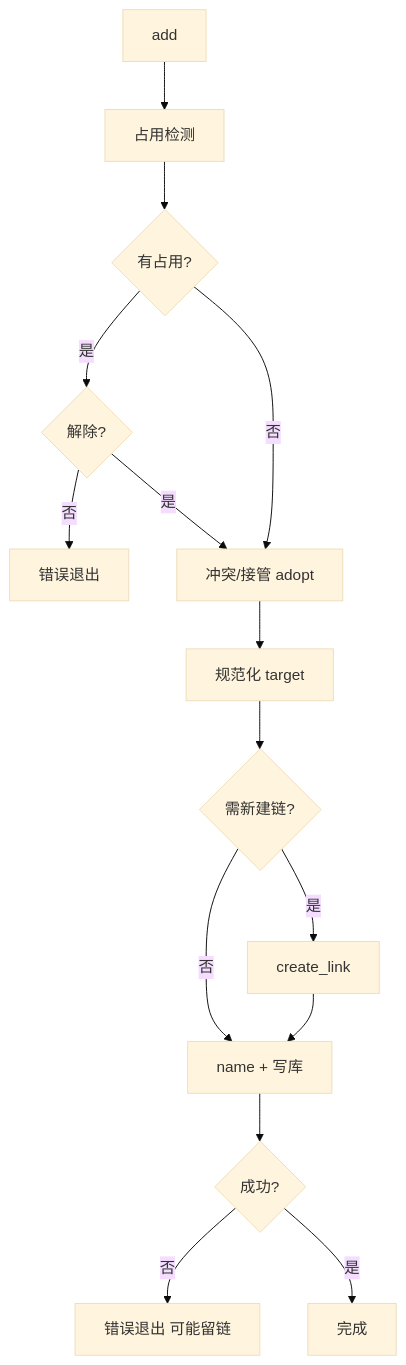
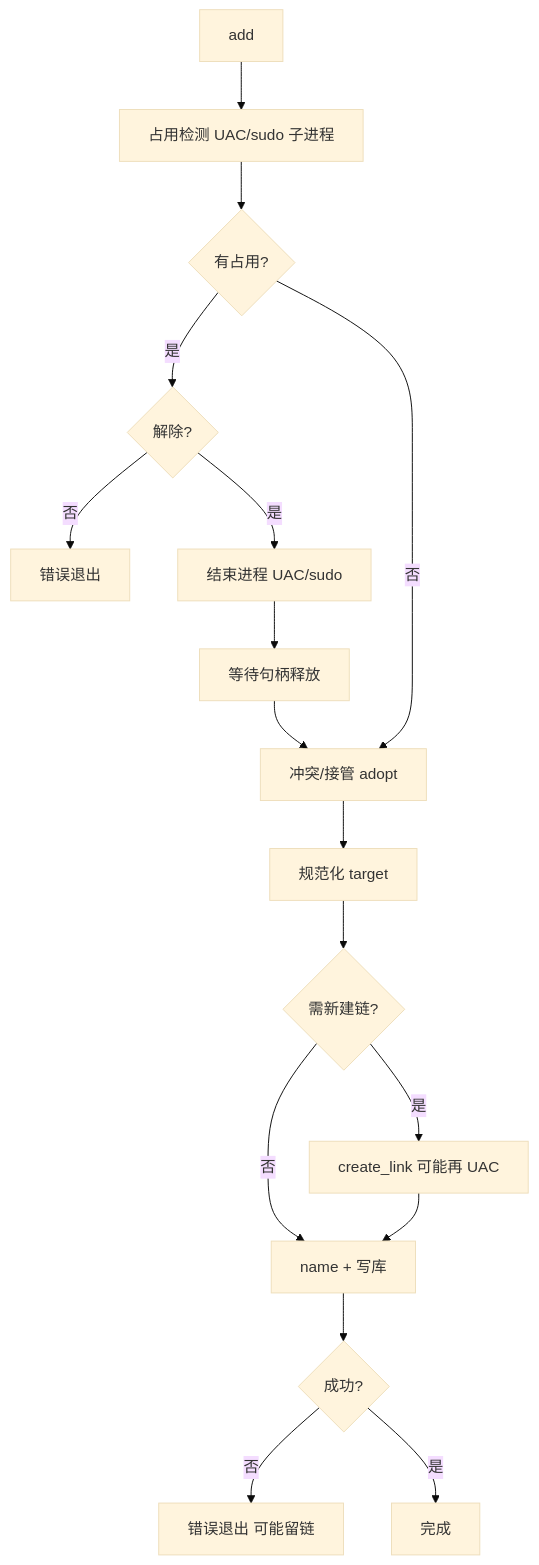
Before and after one commit to 835519608/symm: the first of 2 diagrams in README.md, drawn with Mermaid (base theme). The commit also changed other lines of this file, not shown here.

````diff
--- a/README.md
+++ b/README.md
@@ -180,17 +193,19 @@
 ```mermaid
 flowchart TB
-start[add] --> lock[占用检测]
+start[add] --> lock[占用检测 UAC/sudo 子进程]
 lock --> locked{有占用?}
 locked -->|是| unlock{解除?}
 unlock -->|否| err1[错误退出]
-unlock -->|是| adopt
-locked -->|否| adopt[冲突/接管 adopt]
+unlock -->|是| kill[结束进程 UAC/sudo]
+kill --> wait[等待句柄释放]
+wait --> adopt[冲突/接管 adopt]
+locked -->|否| adopt
 adopt --> norm[规范化 target]
 norm --> needLink{需新建链?}
-needLink -->|是| create[create_link]
+needLink -->|是| create[create_link 可能再 UAC]
 needLink -->|否| name[name + 写库]
 create --> name
 name --> ok{成功?}
 ok -->|否| err2[错误退出 可能留链]
 ok -->|是| done[完成]
 ```
````
